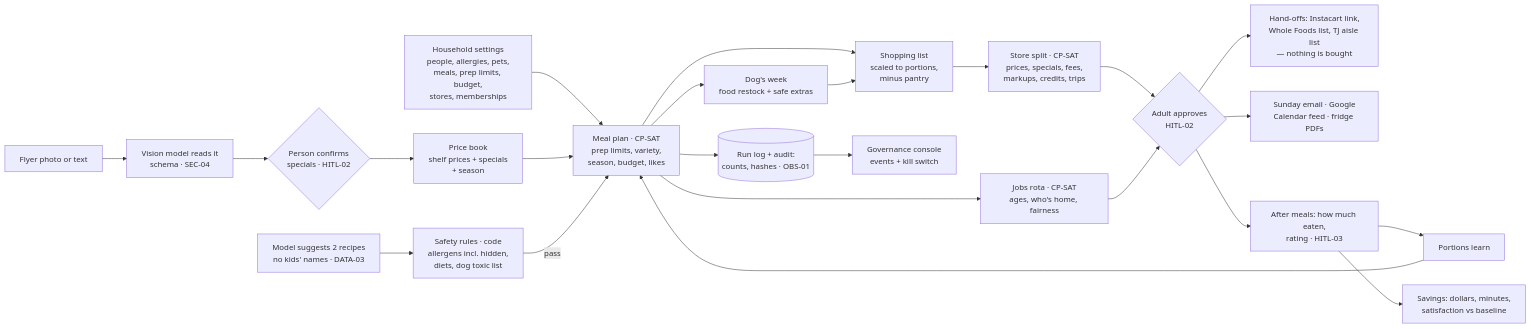
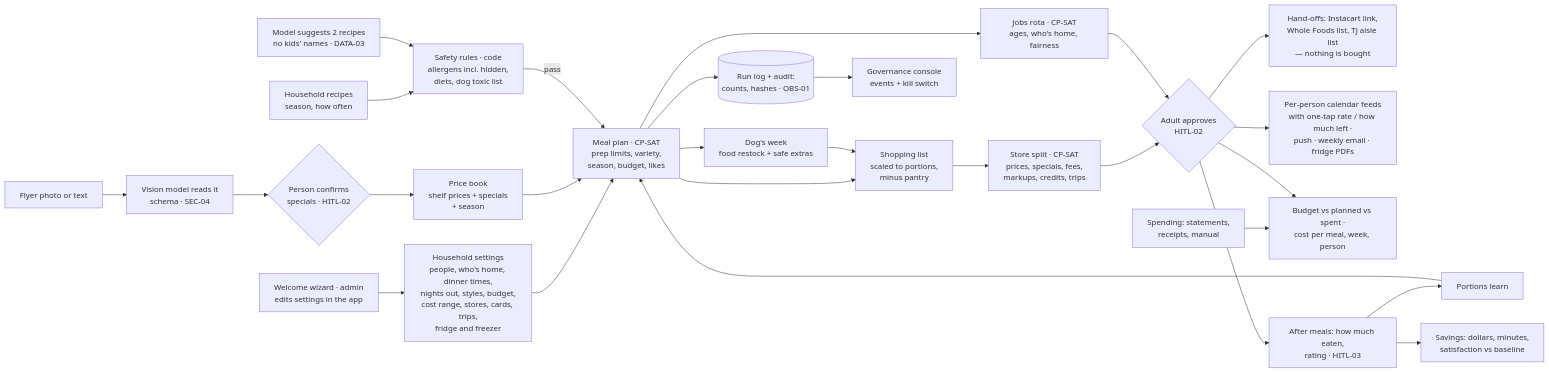
Before and after one commit to ruairipowers-commits/ai-portfolio: the first of 2 diagrams in projects/lil-helper/docs/architecture.md, drawn with Mermaid. The commit also changed other lines of this file and 52 other files, not shown here.

````diff
--- a/projects/lil-helper/docs/architecture.md
+++ b/projects/lil-helper/docs/architecture.md
@@ -6,23 +6,27 @@
 ```mermaid
 flowchart LR
-    H[Household settings<br/>people, allergies, pets,<br/>meals, prep limits, budget,<br/>stores, memberships] --> P
+    W[Welcome wizard · admin<br/>edits settings in the app] --> H
+    H[Household settings<br/>people, who's home, dinner times,<br/>nights out, styles, budget,<br/>cost range, stores, cards, trips,<br/>fridge and freezer] --> P
+    RC[Household recipes<br/>season, how often] --> R
     F[Flyer photo or text] --> V[Vision model reads it<br/>schema · SEC-04] --> C{Person confirms<br/>specials · HITL-02}
     C --> PB[Price book<br/>shelf prices + specials<br/>+ season]
     PB --> P
     I[Model suggests 2 recipes<br/>no kids' names · DATA-03] --> R[Safety rules · code<br/>allergens incl. hidden,<br/>diets, dog toxic list]
     R -->|pass| P[Meal plan · CP-SAT<br/>prep limits, variety,<br/>season, budget, likes]
     P --> D[Dog's week<br/>food restock + safe extras]
     P --> L[Shopping list<br/>scaled to portions,<br/>minus pantry]
     D --> L
     L --> S[Store split · CP-SAT<br/>prices, specials, fees,<br/>markups, credits, trips]
     P --> J[Jobs rota · CP-SAT<br/>ages, who's home, fairness]
     S --> A{Adult approves<br/>HITL-02}
     J --> A
     A --> HO[Hand-offs: Instacart link,<br/>Whole Foods list, TJ aisle list<br/>— nothing is bought]
-    A --> O[Sunday email · Google<br/>Calendar feed · fridge PDFs]
+    A --> O[Per-person calendar feeds<br/>with one-tap rate / how much left ·<br/>push · weekly email · fridge PDFs]
+    SP[Spending: statements,<br/>receipts, manual] --> M[Budget vs planned vs spent ·<br/>cost per meal, week, person]
+    A --> M
     A --> FB[After meals: how much eaten,<br/>rating · HITL-03]
     FB --> PT[Portions learn] --> P
     FB --> SV[Savings: dollars, minutes,<br/>satisfaction vs baseline]
     P --> LOG[(Run log + audit:<br/>counts, hashes · OBS-01)]
     LOG --> GC[Governance console<br/>events + kill switch]
 ```
````
